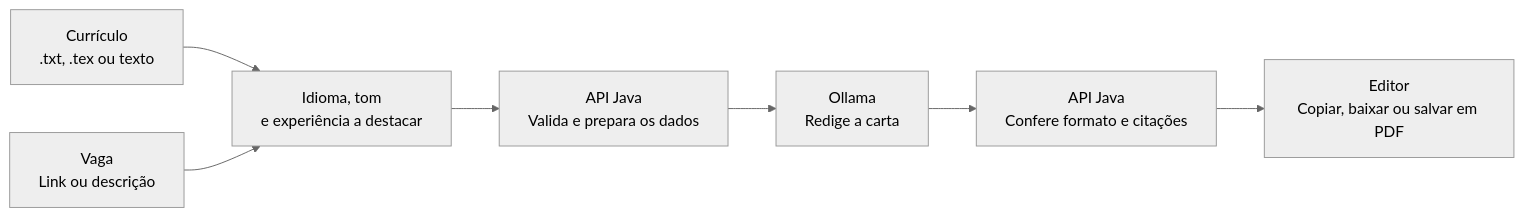
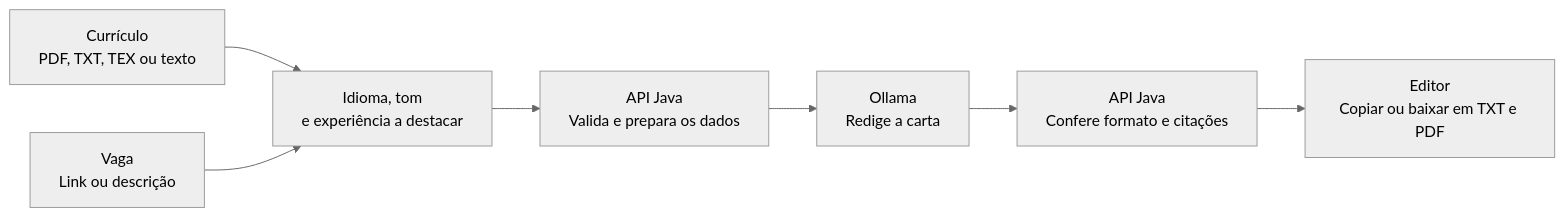
One commit to DandaraEmiliano/carta-orbe changed the diagram in README.md. Above: the diagram before and after it, drawn with Mermaid (neutral theme). The commit also changed other lines of this file and 14 other files, not shown here.

````diff
--- a/README.md
+++ b/README.md
@@ -20,9 +20,9 @@
 ```mermaid
 flowchart LR
-    CV["Currículo<br/>.txt, .tex ou texto"] --> FORM["Idioma, tom<br/>e experiência a destacar"]
+    CV["Currículo<br/>PDF, TXT, TEX ou texto"] --> FORM["Idioma, tom<br/>e experiência a destacar"]
     JOB["Vaga<br/>Link ou descrição"] --> FORM
     FORM --> JAVA["API Java<br/>Valida e prepara os dados"]
     JAVA --> MODEL["Ollama<br/>Redige a carta"]
     MODEL --> CHECK["API Java<br/>Confere formato e citações"]
-    CHECK --> OUT["Editor<br/>Copiar, baixar ou salvar em PDF"]
+    CHECK --> OUT["Editor<br/>Copiar ou baixar em TXT e PDF"]
 ```
````
